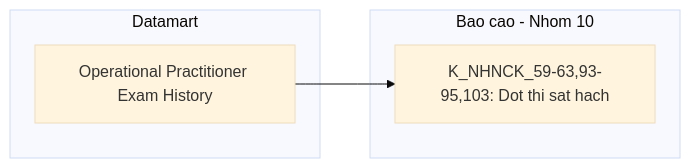
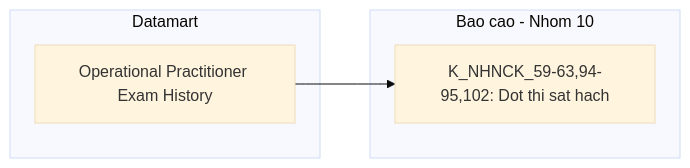
Before and after one commit to linhlvit/ubck_atomic_design: diagram 33 of 40 in Datamart/hld/DTM_NHNCK_HLD.md, drawn with Mermaid (base theme). The commit also changed other lines of this file and 19 other files, not shown here.

````diff
--- a/Datamart/hld/DTM_NHNCK_HLD.md
+++ b/Datamart/hld/DTM_NHNCK_HLD.md
@@ -1351,10 +1349,10 @@
 ```mermaid
 flowchart LR
     subgraph Datamart["Datamart"]
         G1["Operational Practitioner Exam History"]
     end
     subgraph RPT["Bao cao - Nhom 10"]
-        R1["K_NHNCK_59-63,93-95,103: Dot thi sat hach"]
+        R1["K_NHNCK_59-63,94-95,102: Dot thi sat hach"]
     end
     G1 --> R1
 ```
````
